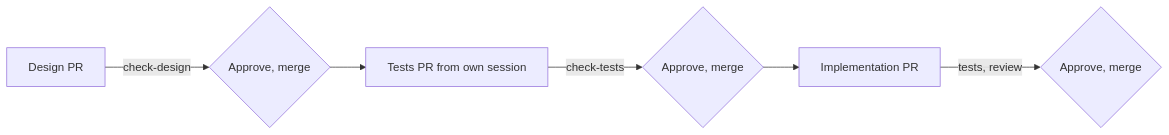
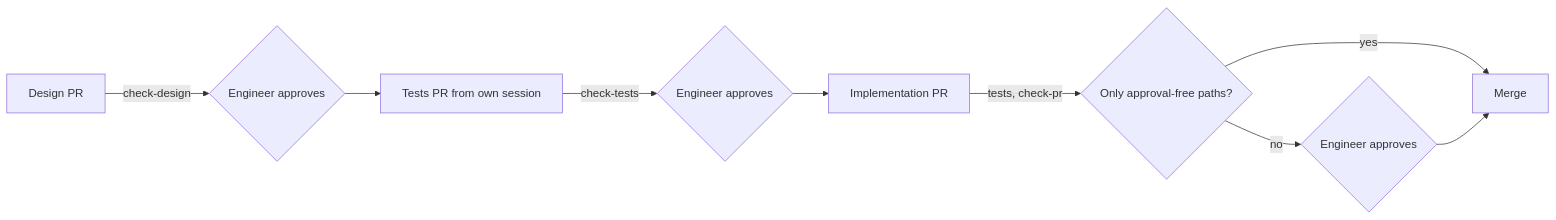
The diagram in docs/increments/02-trust-core/design.md (HannesT117/software-factory), drawn with Mermaid before and after one commit. The commit also changed other lines of this file, not shown here.

First line of the commit message:
Revise the design after the latest decisions

````diff
--- a/docs/increments/02-trust-core/design.md
+++ b/docs/increments/02-trust-core/design.md
@@ -21,8 +25,11 @@
 ```mermaid
 flowchart LR
-  A[Design PR] -->|check-design| B{Approve, merge}
+  A[Design PR] -->|check-design| B{Engineer approves}
   B --> C[Tests PR from own session]
-  C -->|check-tests| D{Approve, merge}
+  C -->|check-tests| D{Engineer approves}
   D --> E[Implementation PR]
-  E -->|tests, review| F{Approve, merge}
+  E -->|tests, check-pr| F{Only approval-free paths?}
+  F -->|yes| G[Merge]
+  F -->|no| H{Engineer approves}
+  H --> G
 ```
````
